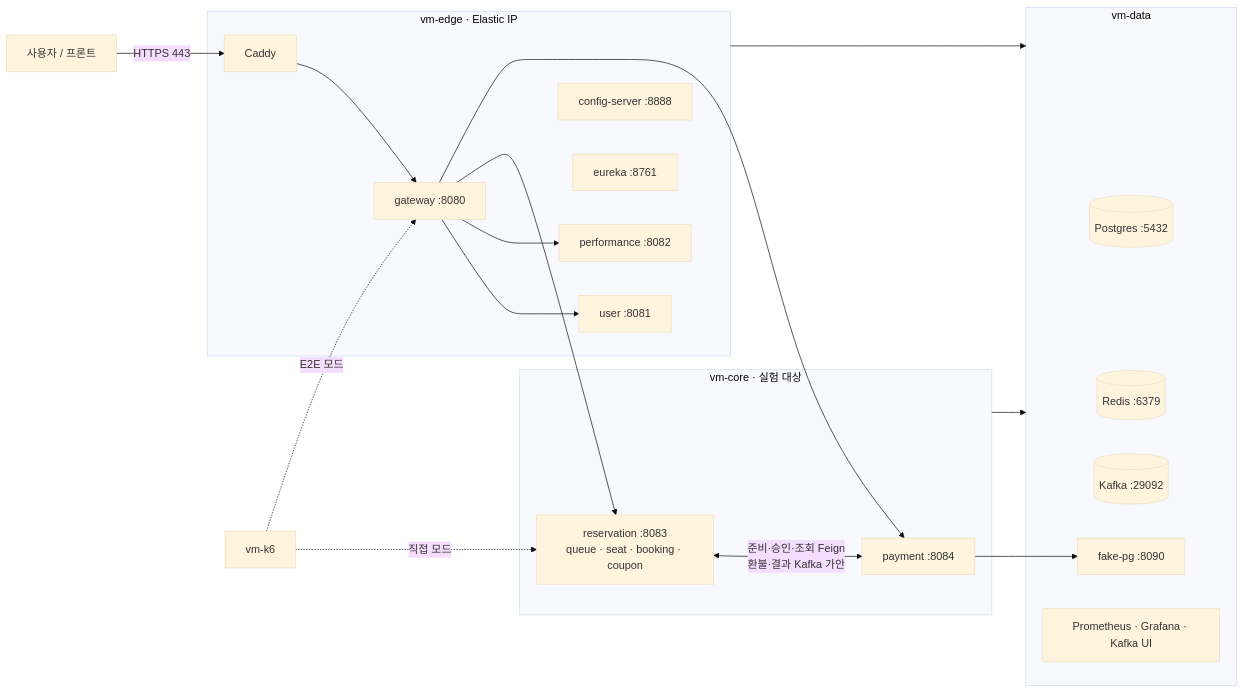
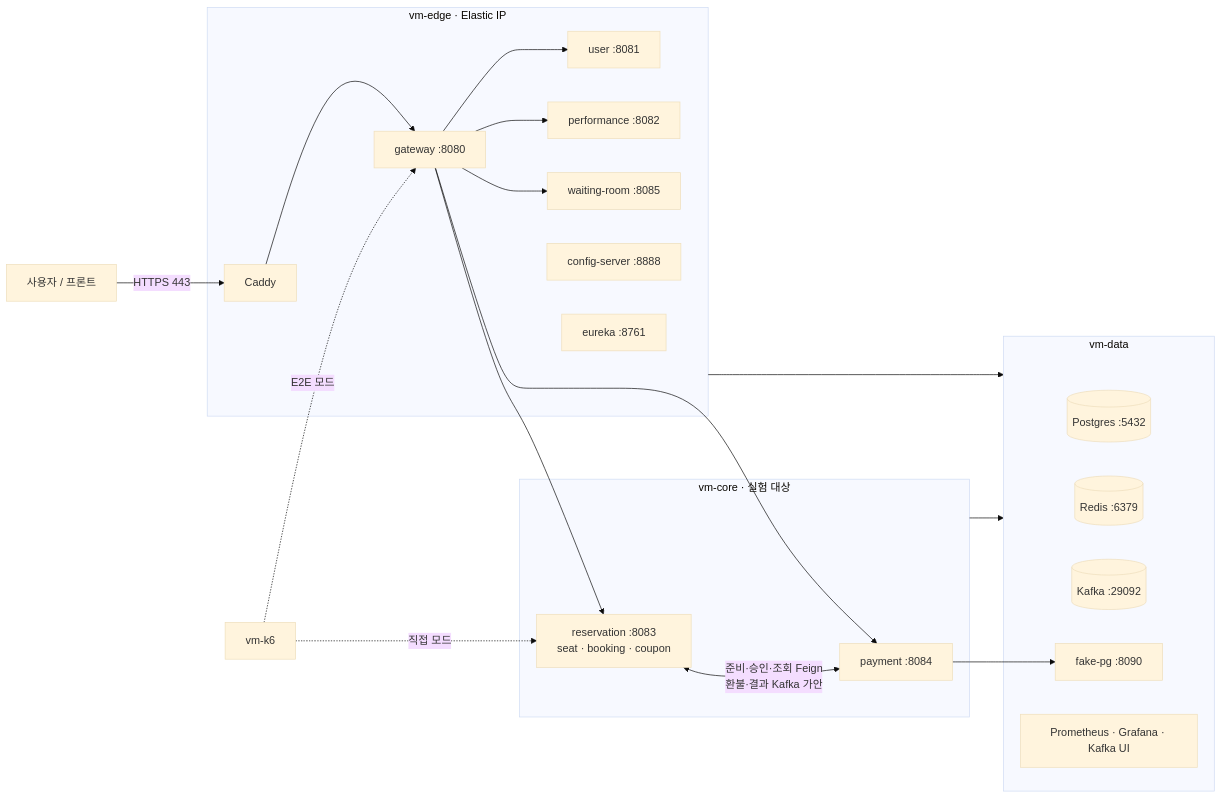
Before and after one commit to Good-Ticket-Service/ticket: the first of 3 diagrams in docs/infra.md, drawn with Mermaid (base theme). The commit also changed other lines of this file and 3 other files, not shown here.

````diff
--- a/docs/infra.md
+++ b/docs/infra.md
@@ -49,35 +49,36 @@
 ```mermaid
 flowchart LR
     U[사용자 / 프론트] -->|HTTPS 443| CADDY
 
     subgraph EDGE[vm-edge · Elastic IP]
         CADDY[Caddy] --> GW[gateway :8080]
         GW --> US[user :8081]
         GW --> EV[performance :8082]
+        GW --> WR[waiting-room :8085]
         CFG[config-server :8888]
         EU[eureka :8761]
     end
 
     subgraph CORE[vm-core · 실험 대상]
-        RS["reservation :8083<br/>queue · seat · booking · coupon"]
+        RS["reservation :8083<br/>seat · booking · coupon"]
         PS[payment :8084]
     end
 
     subgraph DATA[vm-data]
         PG[(Postgres :5432)]
         RD[(Redis :6379)]
         KF[(Kafka :29092)]
         FPG[fake-pg :8090]
         MON[Prometheus · Grafana · Kafka UI]
     end
 
     GW --> RS
     GW --> PS
     RS <-->|"준비·승인·조회 Feign<br/>환불·결과 Kafka 가안"| PS
     PS --> FPG
     EDGE --> DATA
     CORE --> DATA
 
     K6[vm-k6] -.E2E 모드.-> GW
     K6 -.직접 모드.-> RS
 ```
````
